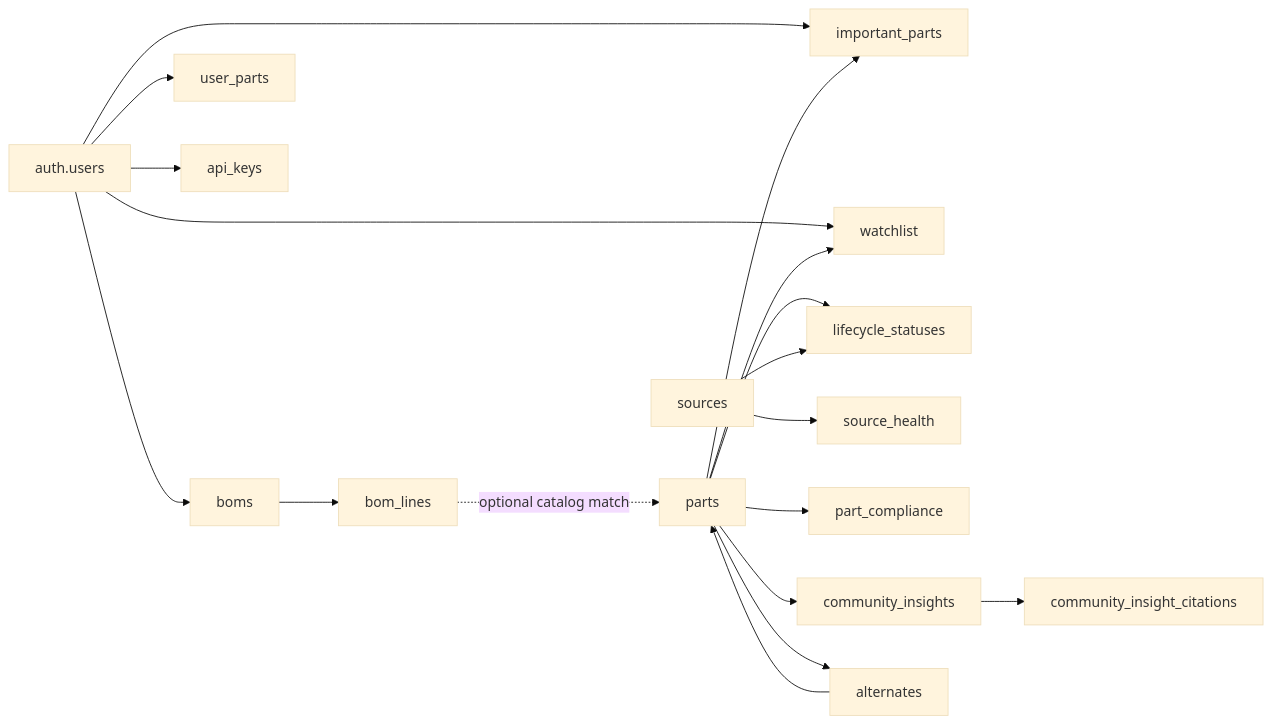
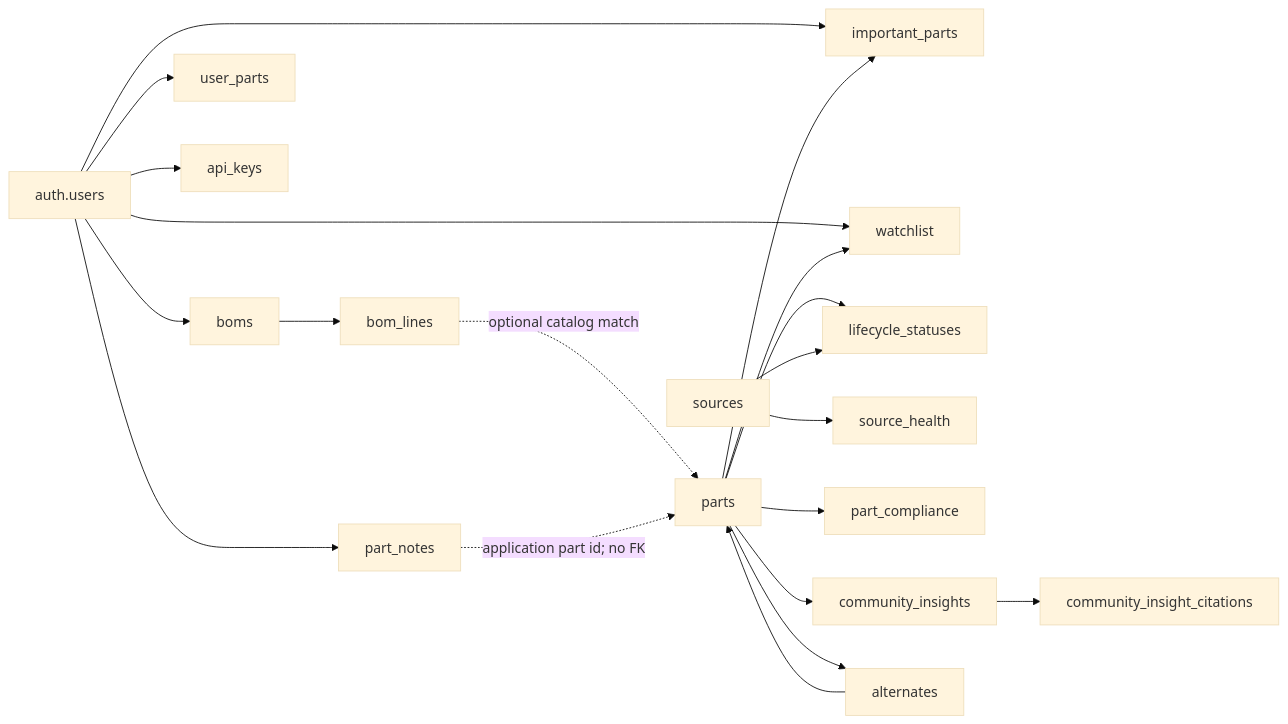
One commit to partpilot-in/partpilot changed the diagram in docs/PostgreSQL.md. Above: the diagram before and after it, drawn with Mermaid (base theme). The commit also changed other lines of this file and 15 other files, not shown here.

First line of the commit message:
Add user-editable part notes

````diff
--- a/docs/PostgreSQL.md
+++ b/docs/PostgreSQL.md
@@ -24,22 +24,24 @@
 ```mermaid
 flowchart LR
     users["auth.users"] --> boms
     users --> user_parts
     users --> important_parts
+    users --> part_notes
     users --> watchlist
     users --> api_keys
 
     boms --> bom_lines
     bom_lines -. "optional catalog match" .-> parts
 
     parts --> lifecycle_statuses
     sources --> lifecycle_statuses
     sources --> source_health
     parts --> part_compliance
     parts --> community_insights
     community_insights --> community_insight_citations
     parts --> alternates
     alternates --> parts
     parts --> important_parts
     parts --> watchlist
+    part_notes -. "application part id; no FK" .-> parts
 ```
````
